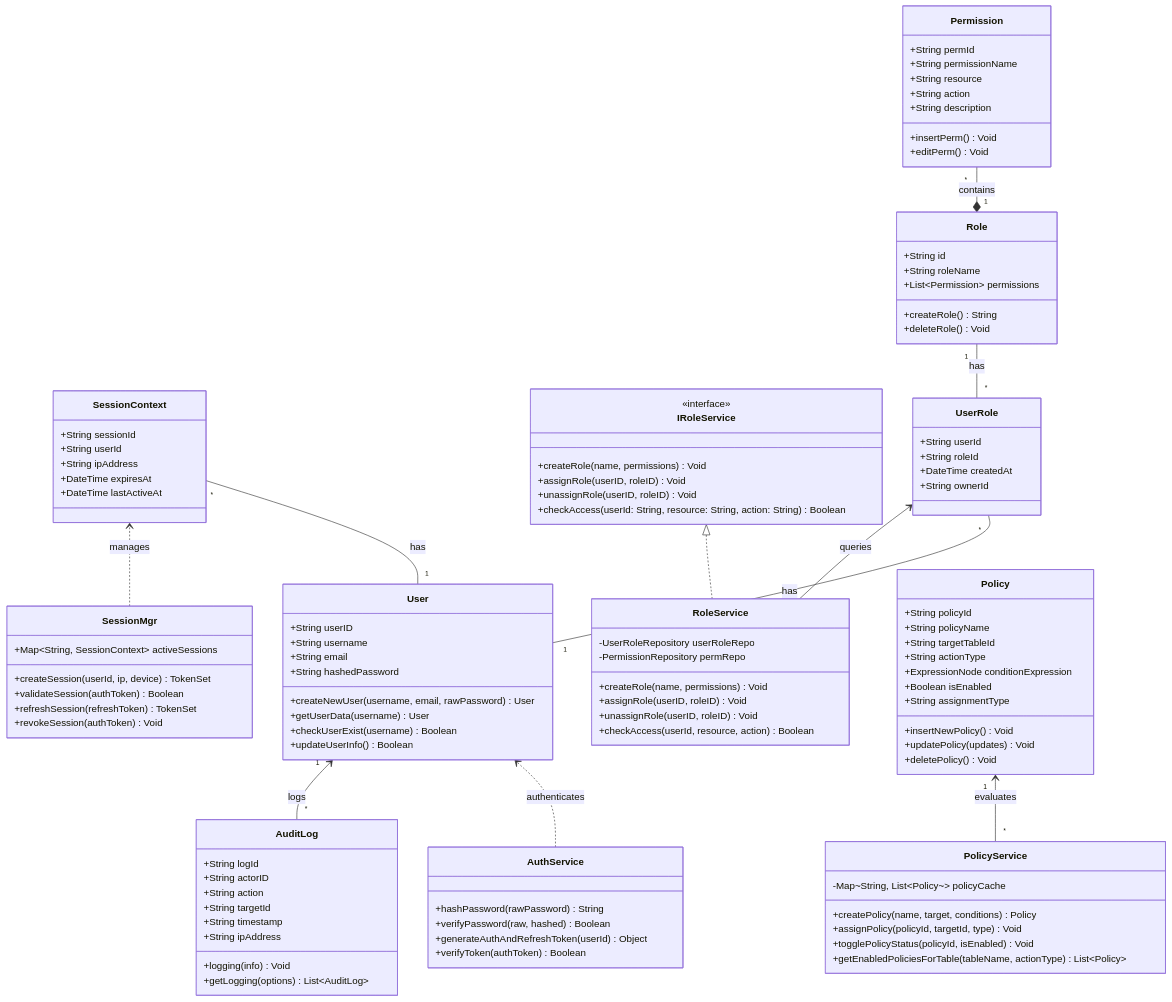
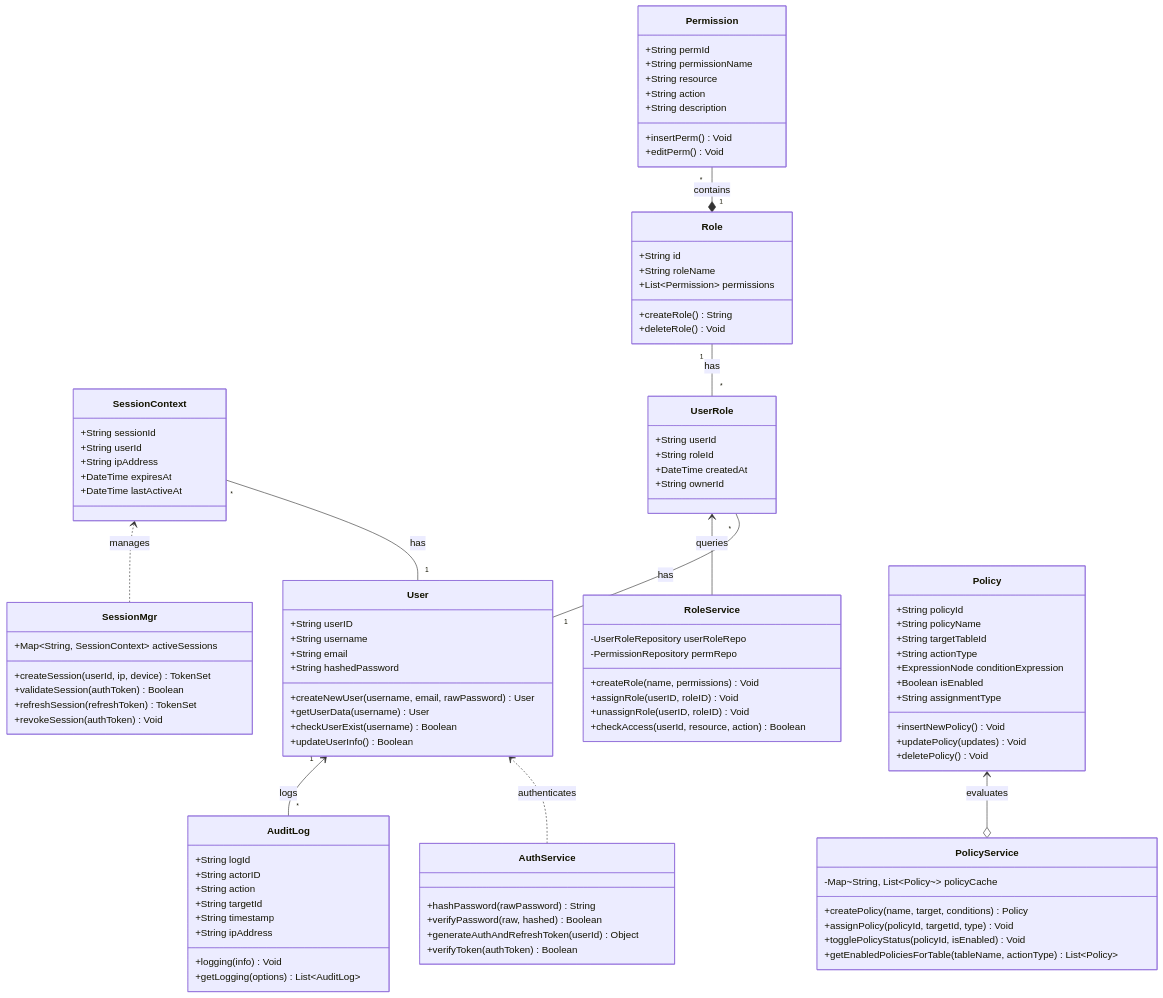
One commit to FhuAnn/-bbv-AN-s-DBMS changed the diagram in class-diagram/class-diagram-user-access-security.md. Above: the diagram before and after it, drawn with Mermaid. The commit also changed 5 other files, not shown here.

Commit message:
class diagram

```diff
--- a/class-diagram/class-diagram-user-access-security.md
+++ b/class-diagram/class-diagram-user-access-security.md
@@ -38,13 +38,6 @@
     }
 
     %% --- Authorization (RBAC) ---
-    class IRoleService {
-        <<interface>>
-        +createRole(name, permissions) Void
-        +assignRole(userID, roleID) Void
-        +unassignRole(userID, roleID) Void
-        +checkAccess(userId: String, resource: String, action: String) Boolean
-    }
 
     class RoleService {
         -UserRoleRepository userRoleRepo
@@ -115,10 +108,9 @@
 
     %% --- Relationships ---
     SessionMgr ..> SessionContext : manages
-    RoleService ..|> IRoleService
     RoleService --> UserRole : queries
     Role "1" *-- "*" Permission : contains
-    PolicyService "*" --> "1" Policy : evaluates
+    PolicyService  o--> Policy : evaluates
     User "1" -- "*" SessionContext : has
     User "1" -- "*" UserRole : has
     UserRole "*" -- "1" Role : has
```
